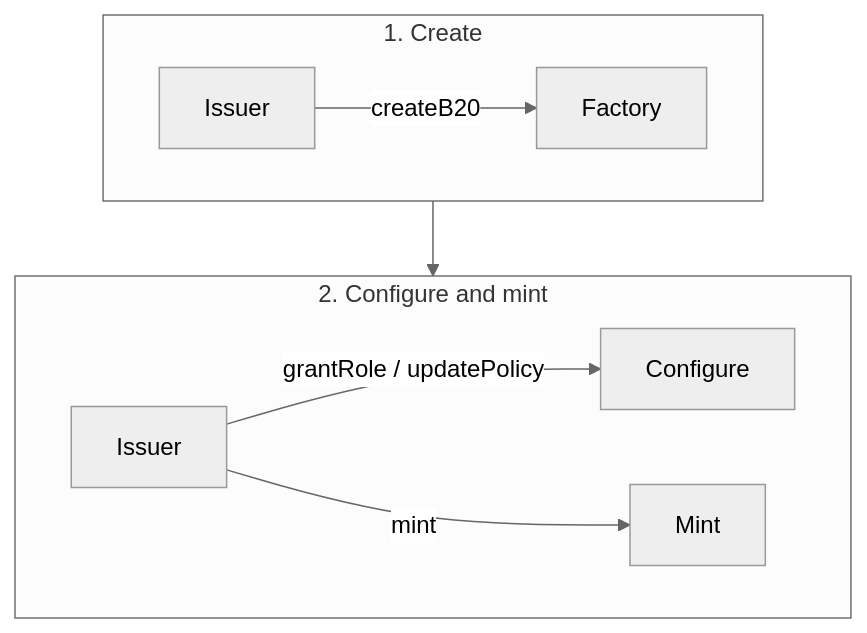
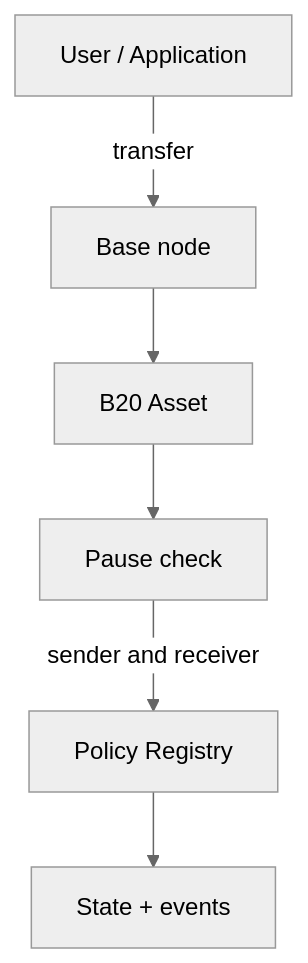
Before and after one commit to base/base-std: the fourth of 5 diagrams in docs/overview.md, drawn with Mermaid (neutral theme). The commit also changed other lines of this file, not shown here.

````diff
--- a/docs/overview.md
+++ b/docs/overview.md
@@ -111,13 +138,14 @@
 ```mermaid
 flowchart TD
-    subgraph s1 [1. Create]
-        direction LR
-        I1[Issuer] -->|createB20| F[Factory]
-    end
-    subgraph s2 [2. Configure and mint]
-        direction LR
-        I2[Issuer] -->|grantRole / updatePolicy| G[Configure]
-        I2 -->|mint| M[Mint]
-    end
-    s1 --> s2
+    U[User / Application]
+    N[Base node]
+    A[B20 Asset]
+    P[Pause check]
+    R[Policy Registry]
+    S[State + events]
+    U -->|transfer| N
+    N --> A
+    A --> P
+    P -->|sender and receiver| R
+    R --> S
 ```
````
